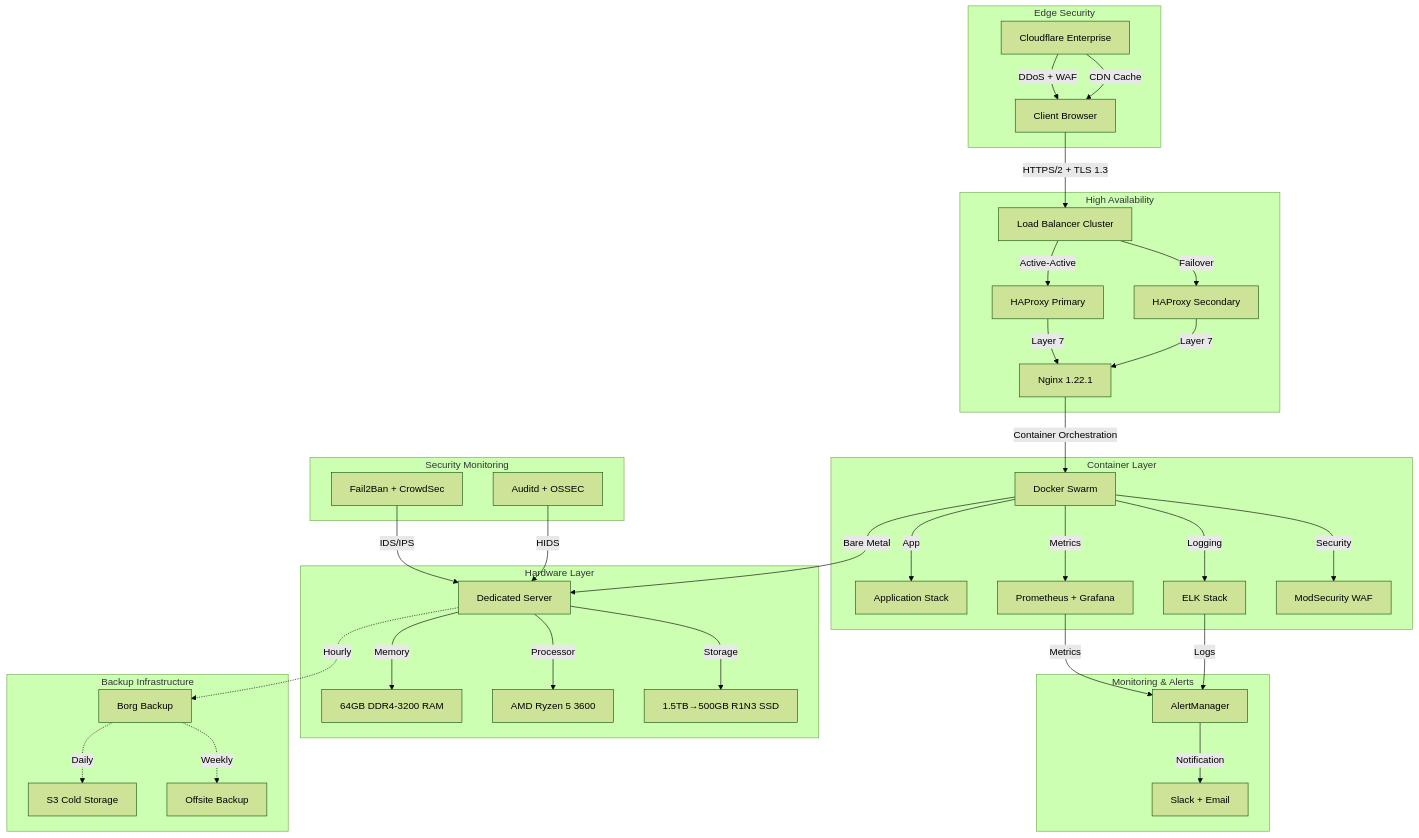
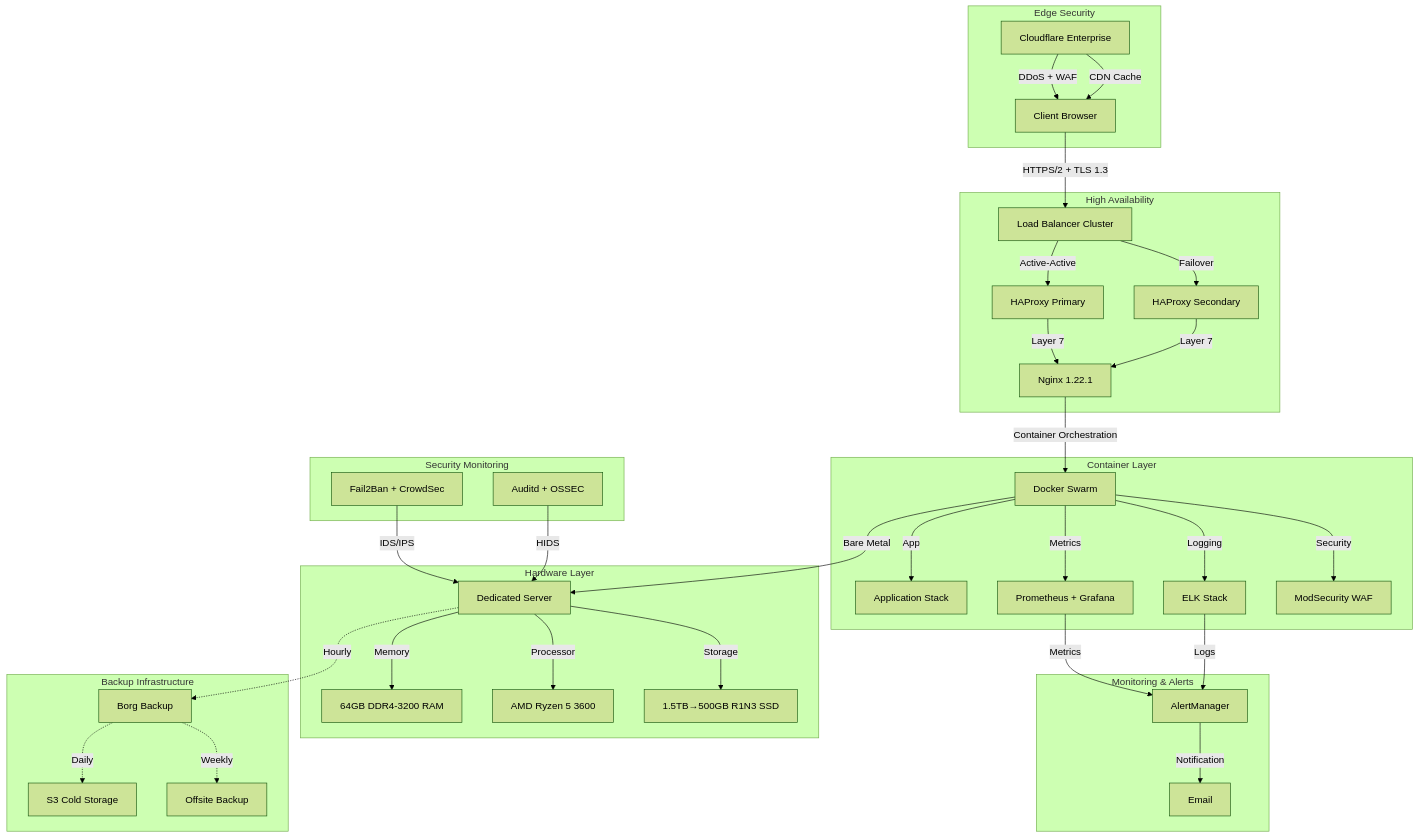
The diagram in README.md (lucaskemper/portfolio-website), drawn with Mermaid (forest theme) before and after one commit.

````diff
--- a/README.md
+++ b/README.md
@@ -34,50 +34,50 @@
 ```mermaid
 graph TD
     subgraph Edge Security
         CF[Cloudflare Enterprise] -->|DDoS + WAF| A
         CF -->|CDN Cache| A
     end
 
     A[Client Browser] -->|HTTPS/2 + TLS 1.3| LB[Load Balancer Cluster]
 
     subgraph High Availability
         LB -->|Active-Active| HAP1[HAProxy Primary]
         LB -->|Failover| HAP2[HAProxy Secondary]
         HAP1 -->|Layer 7| NGX[Nginx 1.22.1]
         HAP2 -->|Layer 7| NGX
     end
 
     NGX -->|Container Orchestration| DOC[Docker Swarm]
 
     subgraph Container Layer
         DOC -->|App| APP[Application Stack]
         DOC -->|Metrics| PROM[Prometheus + Grafana]
         DOC -->|Logging| ELK[ELK Stack]
         DOC -->|Security| FW[ModSecurity WAF]
     end
 
     DOC -->|Bare Metal| E[Dedicated Server]
 
     subgraph Hardware Layer
         E -->|Memory| F[64GB DDR4-3200 RAM]
         E -->|Processor| G[AMD Ryzen 5 3600]
         E -->|Storage| H[1.5TB→500GB R1N3 SSD]
     end
 
     subgraph Monitoring & Alerts
         PROM -->|Metrics| ALERT[AlertManager]
         ELK -->|Logs| ALERT
-        ALERT -->|Notification| SLACK[Slack + Email]
+        ALERT -->|Notification| SLACK[Email]
     end
 
     subgraph Backup Infrastructure
         E -.->|Hourly| BORG[Borg Backup]
         BORG -.->|Daily| S3[S3 Cold Storage]
         BORG -.->|Weekly| OFF[Offsite Backup]
     end
 
     subgraph Security Monitoring
         SEC[Fail2Ban + CrowdSec] -->|IDS/IPS| E
         AUD[Auditd + OSSEC] -->|HIDS| E
     end
 ```
````
